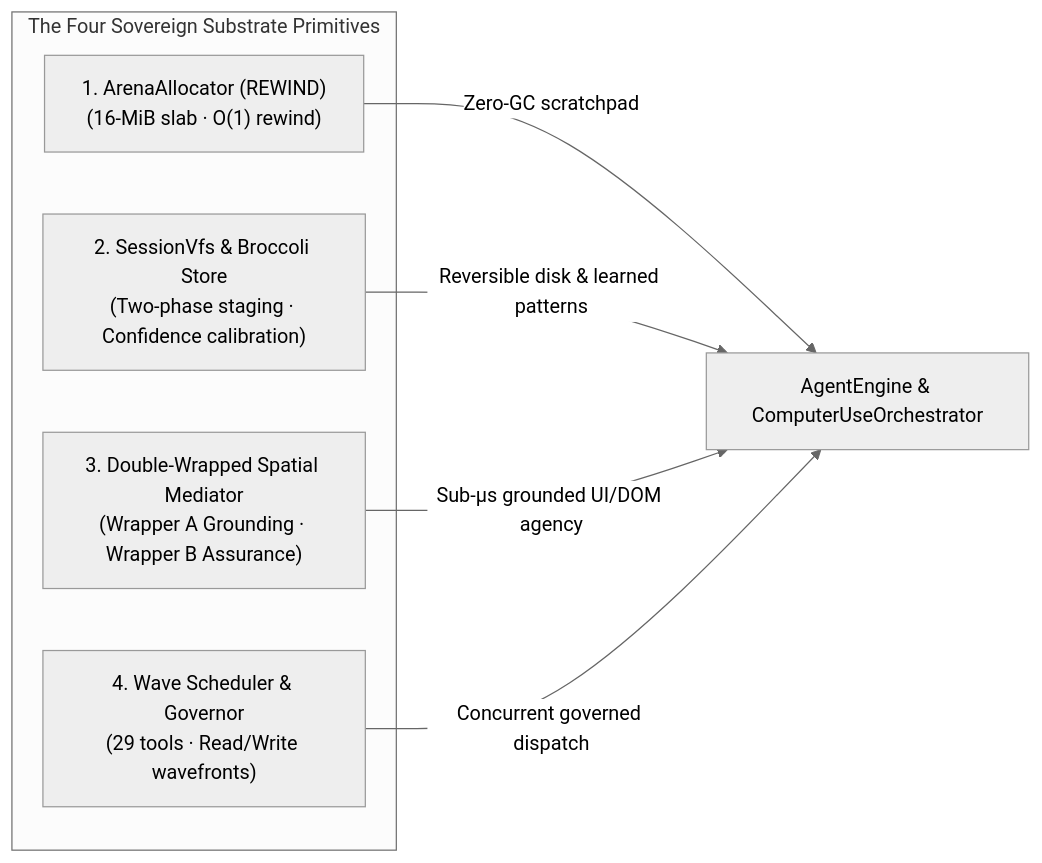
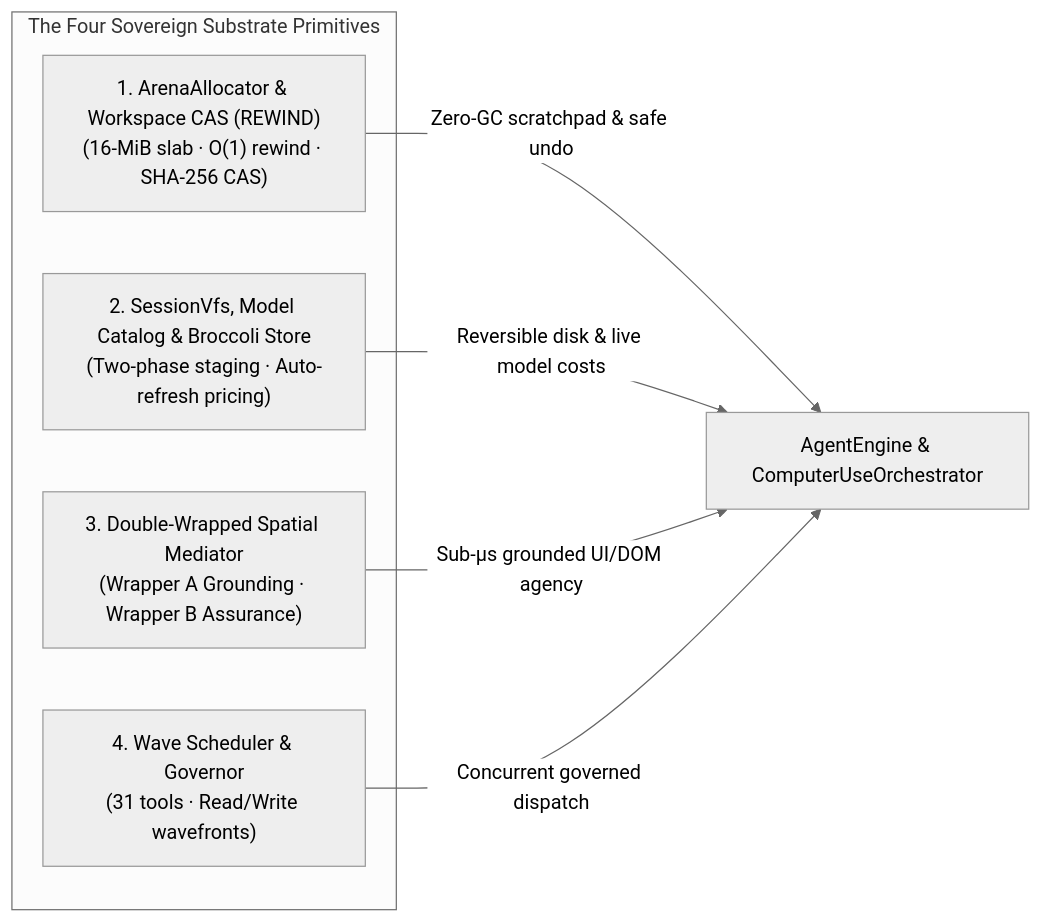
The diagram in docs/PORTABLE_TRINITY.md (CardSorting/HEAV3NS-MICRO), drawn with Mermaid (neutral theme) before and after one commit. The commit also changed other lines of this file and 48 other files, not shown here.

Commit message:
feat(catalog,docs): auto-refreshing 2026 frontier model catalog, dynamic pricing registry, ADR-0015 & comprehensive documentation update

````diff
--- a/docs/PORTABLE_TRINITY.md
+++ b/docs/PORTABLE_TRINITY.md
@@ -24,14 +24,14 @@
 ```mermaid
 flowchart LR
   subgraph Primitives ["The Four Sovereign Substrate Primitives"]
-    ARENA["1. ArenaAllocator (REWIND)<br/>(16-MiB slab · O(1) rewind)"]
-    VFS["2. SessionVfs & Broccoli Store<br/>(Two-phase staging · Confidence calibration)"]
+    ARENA["1. ArenaAllocator & Workspace CAS (REWIND)<br/>(16-MiB slab · O(1) rewind · SHA-256 CAS)"]
+    VFS["2. SessionVfs, Model Catalog & Broccoli Store<br/>(Two-phase staging · Auto-refresh pricing)"]
     SPATIAL["3. Double-Wrapped Spatial Mediator<br/>(Wrapper A Grounding · Wrapper B Assurance)"]
-    WAVE["4. Wave Scheduler & Governor<br/>(29 tools · Read/Write wavefronts)"]
+    WAVE["4. Wave Scheduler & Governor<br/>(31 tools · Read/Write wavefronts)"]
   end
 
-  ARENA -->|"Zero-GC scratchpad"| ENGINE["AgentEngine & ComputerUseOrchestrator"]
-  VFS -->|"Reversible disk & learned patterns"| ENGINE
+  ARENA -->|"Zero-GC scratchpad & safe undo"| ENGINE["AgentEngine & ComputerUseOrchestrator"]
+  VFS -->|"Reversible disk & live model costs"| ENGINE
   SPATIAL -->|"Sub-µs grounded UI/DOM agency"| ENGINE
   WAVE -->|"Concurrent governed dispatch"| ENGINE
 ```
````
